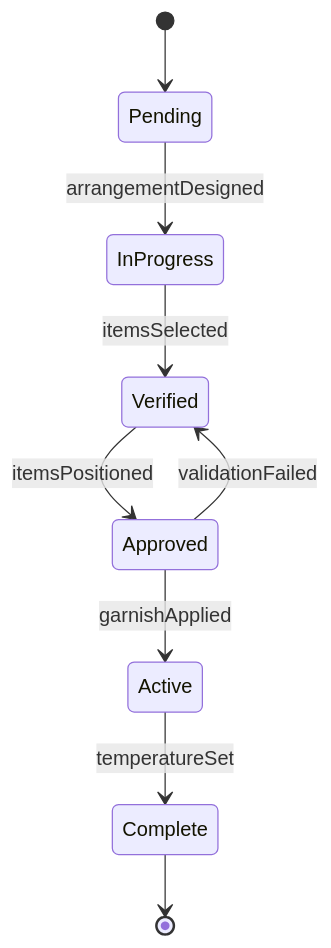
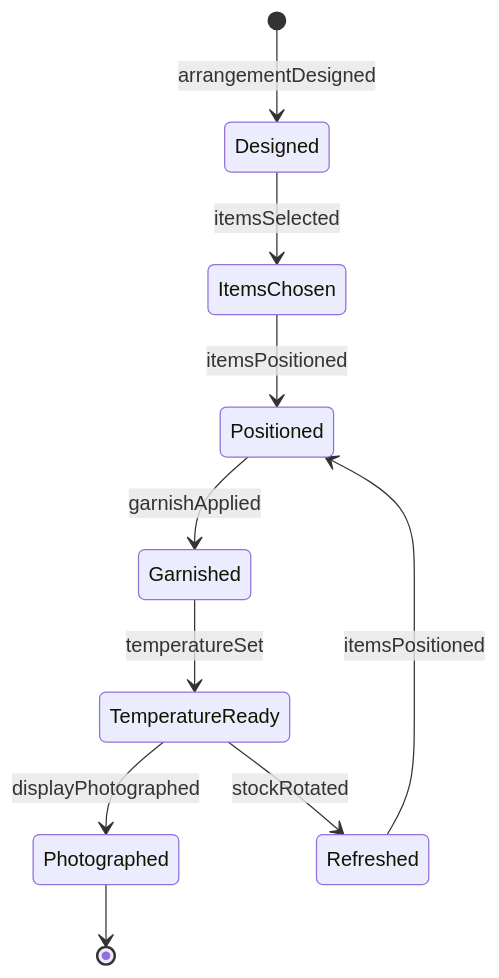
Before and after one commit to dot-org-ai/tasks.org.ai: the second of 4 diagrams in HandlingAndMovingObjects/HandleFoodOrFoodPreparationMaterials/ArrangeFoodDisplayPurposes.mdx, drawn with Mermaid. The commit also changed other lines of this file and 515 other files, not shown here.

````diff
--- a/HandlingAndMovingObjects/HandleFoodOrFoodPreparationMaterials/ArrangeFoodDisplayPurposes.mdx
+++ b/HandlingAndMovingObjects/HandleFoodOrFoodPreparationMaterials/ArrangeFoodDisplayPurposes.mdx
@@ -99,11 +99,12 @@
 ```mermaid
 stateDiagram-v2
-    [*] --> Pending
-    Pending --> InProgress : arrangementDesigned
-    InProgress --> Verified : itemsSelected
-    Verified --> Approved : itemsPositioned
-    Approved --> Active : garnishApplied
-    Active --> Complete : temperatureSet
-    Approved --> Verified : validationFailed
-    Complete --> [*]
+    [*] --> Designed : arrangementDesigned
+    Designed --> ItemsChosen : itemsSelected
+    ItemsChosen --> Positioned : itemsPositioned
+    Positioned --> Garnished : garnishApplied
+    Garnished --> TemperatureReady : temperatureSet
+    TemperatureReady --> Photographed : displayPhotographed
+    TemperatureReady --> Refreshed : stockRotated
+    Refreshed --> Positioned : itemsPositioned
+    Photographed --> [*]
 ```
````
